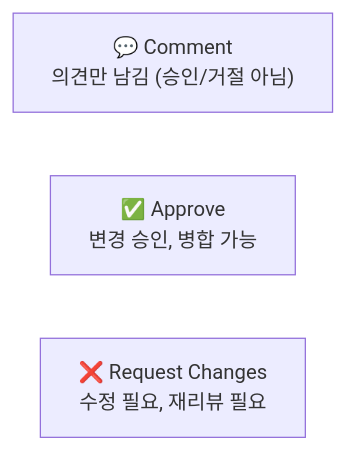
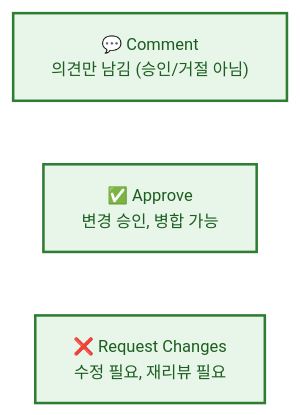
Before and after one commit to jingu279/Document: the second of 3 diagrams in git/06_GitHub/02_Pull_Request.md, drawn with Mermaid. The commit also changed other lines of this file and 24 other files, not shown here.

First line of the commit message:
Git 문서 전체 Mermaid 다이어그램 스타일링 통일

````diff
--- a/git/06_GitHub/02_Pull_Request.md
+++ b/git/06_GitHub/02_Pull_Request.md
@@ -129,6 +139,12 @@
 ```mermaid
+%%{init: {'theme': 'base', 'themeVariables': {'fontSize': '13px'}}}%%
 flowchart LR
-  Comment["💬 Comment<br/>의견만 남김 (승인/거절 아님)"]
-  Approve["✅ Approve<br/>변경 승인, 병합 가능"]
-  RequestChanges["❌ Request Changes<br/>수정 필요, 재리뷰 필요"]
+  classDef main fill:#fff3e0,stroke:#e65100,stroke-width:2px,color:#bf360c
+  classDef sub fill:#e8f5e9,stroke:#2e7d32,stroke-width:2px,color:#1b5e20
+  classDef proc fill:#e3f2fd,stroke:#1565c0,stroke-width:2px,color:#0d47a1
+  classDef decision fill:#fff9c4,stroke:#f9a825,stroke-width:2px,color:#e65100
+  classDef highlight fill:#f3e5f5,stroke:#6a1b9a,stroke-width:2px,color:#4a148c
+  Comment["💬 Comment<br/>의견만 남김 (승인/거절 아님)"]:::sub
+  Approve["✅ Approve<br/>변경 승인, 병합 가능"]:::sub
+  RequestChanges["❌ Request Changes<br/>수정 필요, 재리뷰 필요"]:::sub
 ```
````
